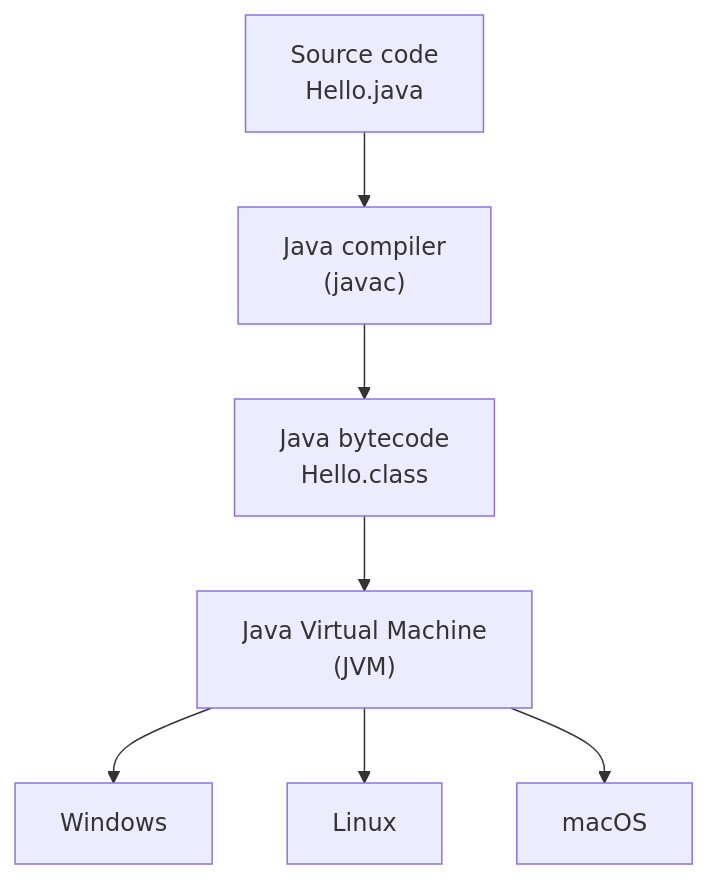
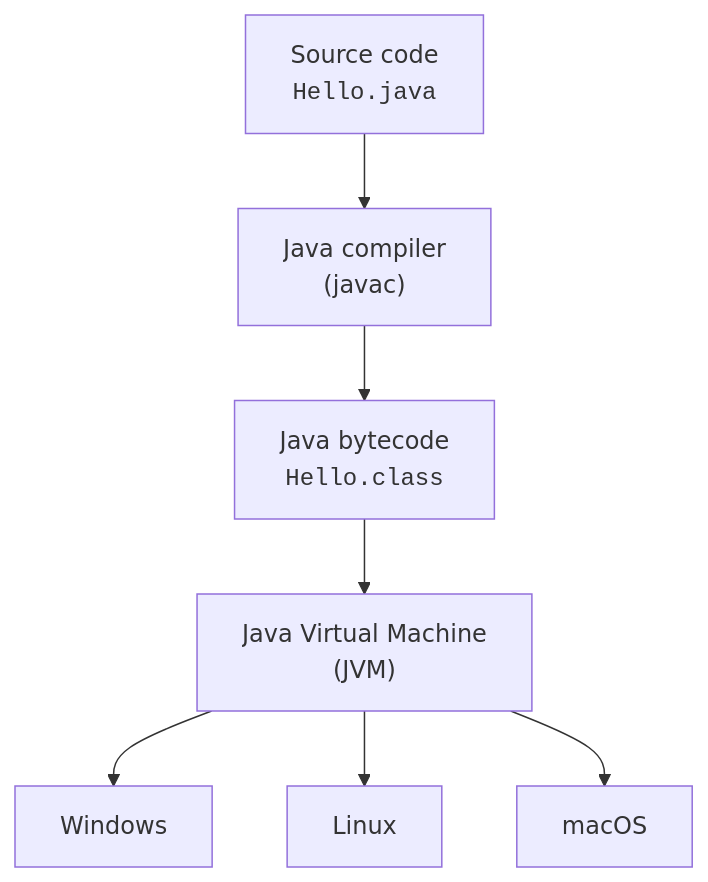
Before and after one commit to dataslope/dataslope: the first of 4 diagrams in content/learn/intro-modern-csharp/java-and-managed-runtimes.mdx, drawn with Mermaid. The commit also changed other lines of this file and 100 other files, not shown here.

First line of the commit message:
Wrap more code in diagram labels: filenames, hex, assignments, subgraph titles

````diff
--- a/content/learn/intro-modern-csharp/java-and-managed-runtimes.mdx
+++ b/content/learn/intro-modern-csharp/java-and-managed-runtimes.mdx
@@ -35,9 +35,9 @@
 ```mermaid
 flowchart TD
-    S["Source code<br/>Hello.java"] --> C["Java compiler<br/>(javac)"]
-    C --> B["Java bytecode<br/>Hello.class"]
+    S["Source code<br/><code>Hello.java</code>"] --> C["Java compiler<br/>(javac)"]
+    C --> B["Java bytecode<br/><code>Hello.class</code>"]
     B --> JVM["Java Virtual Machine<br/>(JVM)"]
     JVM --> W["Windows"]
     JVM --> L["Linux"]
     JVM --> M["macOS"]
 ```
````
